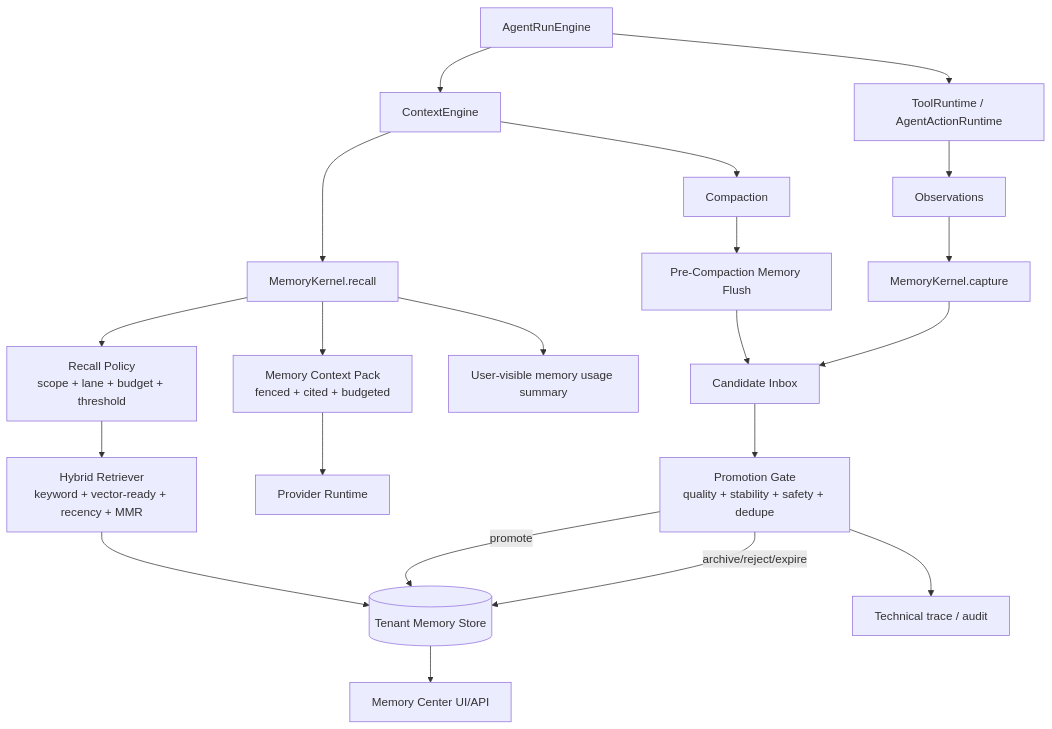
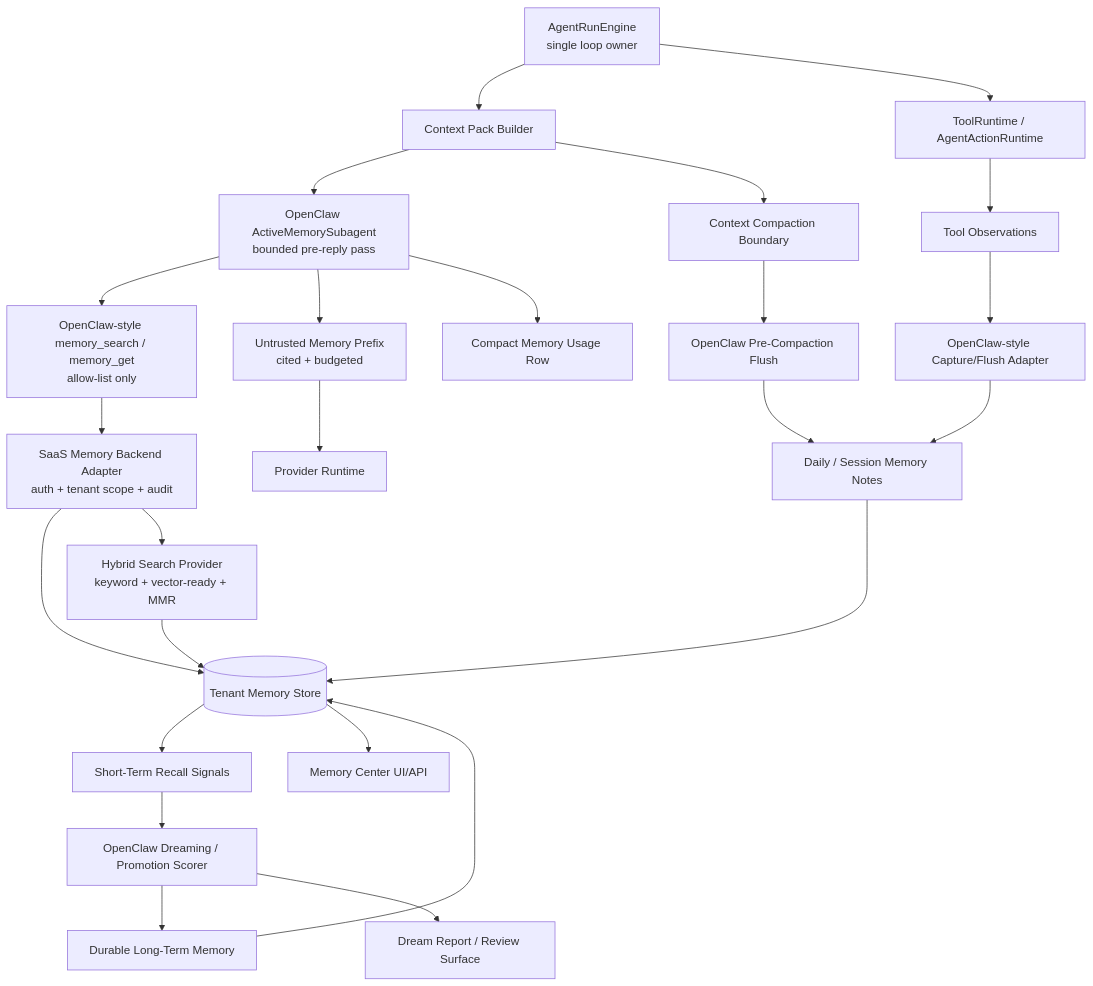
Before and after one commit to Suysker/xox-model: the diagram in docs/adr/0019-openclaw-first-memory-kernel-v2.md, drawn with Mermaid. The commit also changed other lines of this file and 38 other files, not shown here.

Commit message:
Implement OpenClaw-first memory kernel

````diff
--- a/docs/adr/0019-openclaw-first-memory-kernel-v2.md
+++ b/docs/adr/0019-openclaw-first-memory-kernel-v2.md
@@ -151,26 +149,31 @@
 ```mermaid
 flowchart TD
-  Run[AgentRunEngine] --> Context[ContextEngine]
-  Context --> Recall[MemoryKernel.recall]
-  Recall --> Policy[Recall Policy<br/>scope + lane + budget + threshold]
-  Policy --> Retriever[Hybrid Retriever<br/>keyword + vector-ready + recency + MMR]
-  Retriever --> Store[(Tenant Memory Store)]
-  Recall --> Pack[Memory Context Pack<br/>fenced + cited + budgeted]
-  Pack --> Model[Provider Runtime]
+  Run[AgentRunEngine<br/>single loop owner] --> Context[Context Pack Builder]
+  Context --> Active[OpenClaw ActiveMemorySubagent<br/>bounded pre-reply pass]
+  Active --> MemTools[OpenClaw-style memory_search / memory_get<br/>allow-list only]
+  MemTools --> Adapter[SaaS Memory Backend Adapter<br/>auth + tenant scope + audit]
+  Adapter --> Store[(Tenant Memory Store)]
+  Adapter --> Search[Hybrid Search Provider<br/>keyword + vector-ready + MMR]
+  Search --> Store
+  Active --> Pack[Untrusted Memory Prefix<br/>cited + budgeted]
+  Pack --> Provider[Provider Runtime]
 
   Run --> Tools[ToolRuntime / AgentActionRuntime]
-  Tools --> Obs[Observations]
-  Obs --> Capture[MemoryKernel.capture]
-  Capture --> Inbox[Candidate Inbox]
-  Inbox --> Gate[Promotion Gate<br/>quality + stability + safety + dedupe]
-  Gate -->|promote| Store
-  Gate -->|archive/reject/expire| Store
+  Tools --> Obs[Tool Observations]
+  Obs --> Capture[OpenClaw-style Capture/Flush Adapter]
+  Capture --> Daily[Daily / Session Memory Notes]
+  Daily --> Store
 
-  Context --> Compact[Compaction]
-  Compact --> Flush[Pre-Compaction Memory Flush]
-  Flush --> Inbox
+  Context --> Compact[Context Compaction Boundary]
+  Compact --> Flush[OpenClaw Pre-Compaction Flush]
+  Flush --> Daily
+
+  Store --> Signals[Short-Term Recall Signals]
+  Signals --> Dream[OpenClaw Dreaming / Promotion Scorer]
+  Dream --> Durable[Durable Long-Term Memory]
+  Durable --> Store
 
   Store --> Center[Memory Center UI/API]
-  Recall --> Trace[User-visible memory usage summary]
-  Gate --> Tech[Technical trace / audit]
+  Active --> Trace[Compact Memory Usage Row]
+  Dream --> Review[Dream Report / Review Surface]
 ```
````
